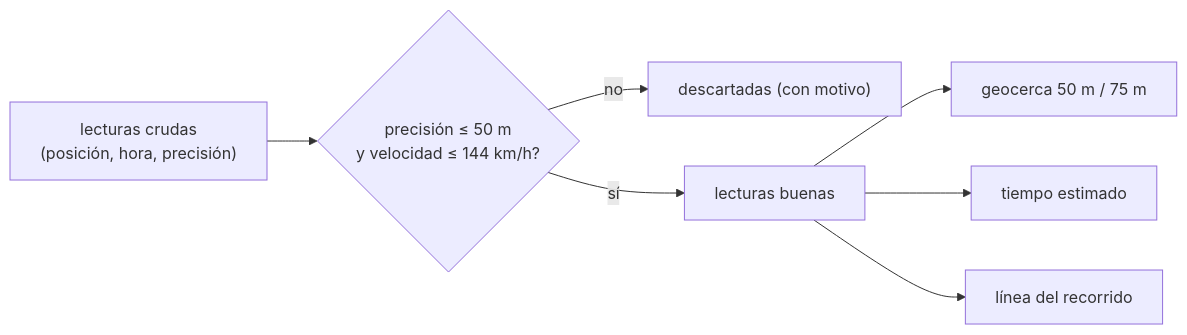
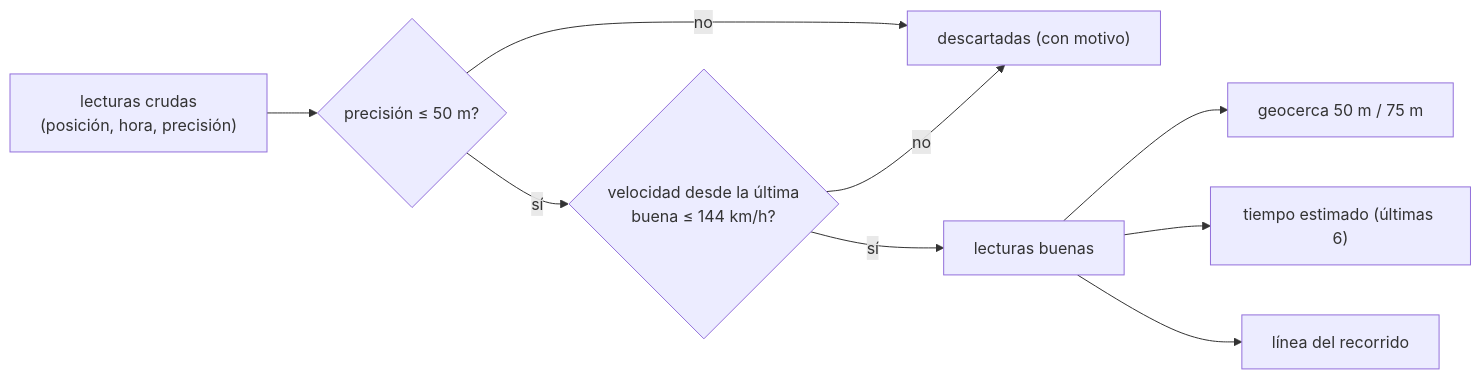
The second of 4 diagrams in web/public/content/flutter/modulo-14.md (NICORUIZ93/The_Imperial_Book), drawn with Mermaid before and after one commit. The commit also changed other lines of this file and 65 other files, not shown here.

````diff
--- a/web/public/content/flutter/modulo-14.md
+++ b/web/public/content/flutter/modulo-14.md
@@ -371,9 +542,11 @@
 ```mermaid
 flowchart LR
-    L["lecturas crudas<br/>(posición, hora, precisión)"] --> F{"precisión ≤ 50 m<br/>y velocidad ≤ 144 km/h?"}
-    F -->|no| D["descartadas (con motivo)"]
-    F -->|sí| B["lecturas buenas"]
+    L["lecturas crudas<br/>(posición, hora, precisión)"] --> P{"precisión ≤ 50 m?"}
+    P -->|no| D["descartadas (con motivo)"]
+    P -->|sí| V{"velocidad desde la última<br/>buena ≤ 144 km/h?"}
+    V -->|no| D
+    V -->|sí| B["lecturas buenas"]
     B --> G["geocerca 50 m / 75 m"]
-    B --> E["tiempo estimado"]
+    B --> E["tiempo estimado (últimas 6)"]
     B --> M["línea del recorrido"]
 ```
````
